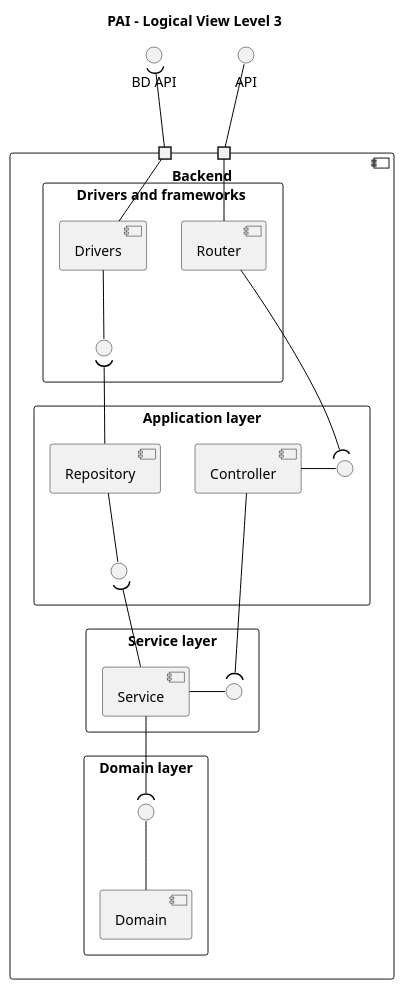
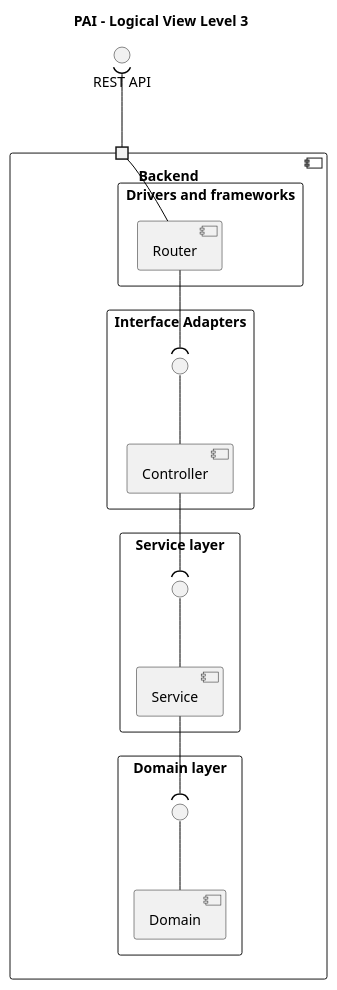
The diagram in docs/Sprint_6/LogicalView/Level3.puml (GasparISEP/DevOps-PAI), drawn with PlantUML before and after one commit.

Commit message:
Corrections to LogicalView lvl 3, #530

```diff
--- a/docs/Sprint_6/LogicalView/Level3.puml
+++ b/docs/Sprint_6/LogicalView/Level3.puml
@@ -1,66 +1,50 @@
 @startuml
 
 skinparam componentStyle component
 skinparam ArrowColor black
 skinparam defaultTextAlignment center
 
 title "PAI - Logical View Level 3"
 
-  interface "API" as API
-  interface "BD API" as BDAPI
+  interface "REST API" as RESTAPI
 
-component "Backend" as backend {
+component "Backend" {
     portin " " as p1
-    portin " " as p3
 
-  rectangle "Drivers and frameworks " {
+  rectangle "Drivers and frameworks" {
 
     component "Router"
-    component Drivers
 
-    Router -- p1
-    Drivers -- p3
-
-    interface " " as IDrivers
-
-    Drivers -- IDrivers
+    Router -up- p1
   }
 
-  rectangle "Application layer" {
+  rectangle "Interface Adapters" {
     component Controller
-    component Repository
-    interface " " as IRepo
     interface " " as IController
 
-
-    Repository -- IRepo
-    Controller -right- IController
-
+    Controller -up- IController
   }
 
   rectangle "Service layer" {
     component Service
     interface " " as IService
 
-    Service - IService
+    Service -up- IService
   }
 
   rectangle "Domain layer" {
     component Domain
     interface " " as IDomain
 
     Domain -up- IDomain
   }
 
-  p1 -up- API
-  p3 -up-( BDAPI
+  p1 -up-( RESTAPI
 
   Router -down-( IController
-  Repository -up-( IDrivers
 
   Controller -down-( IService
-  Service -up-( IRepo
   Service -down-( IDomain
 }
 
 @enduml
```
